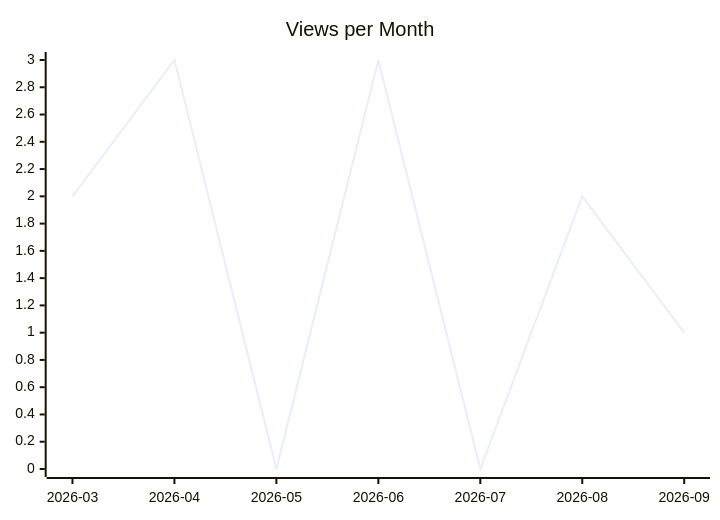
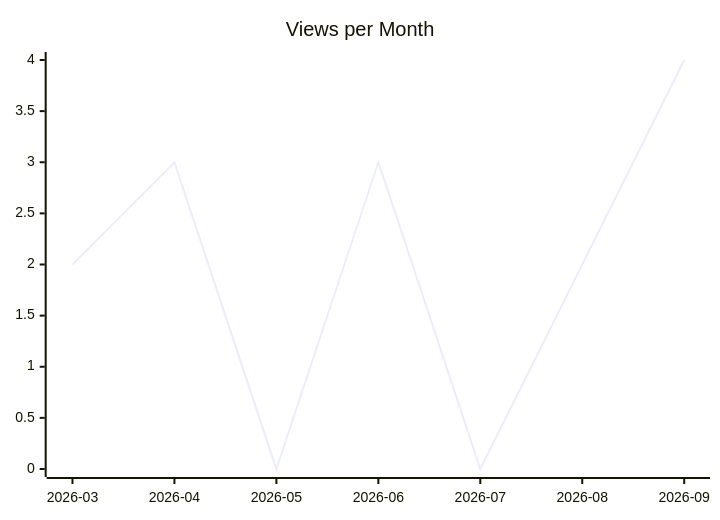
One commit to justdavis-family/github-analytics-data changed the second of 3 diagrams in karlmdavis/ansible-role-bind-dns/README.md. Above: the diagram before and after it, drawn with Mermaid. The commit also changed other lines of this file and 200 other files, not shown here.

````diff
--- a/karlmdavis/ansible-role-bind-dns/README.md
+++ b/karlmdavis/ansible-role-bind-dns/README.md
@@ -12,6 +12,6 @@
 ```mermaid
 xychart-beta
   title "Views per Month"
   x-axis ["2026-03", "2026-04", "2026-05", "2026-06", "2026-07", "2026-08", "2026-09"]
-  line [2, 3, 0, 3, 0, 2, 1]
+  line [2, 3, 0, 3, 0, 2, 4]
 ```
````
